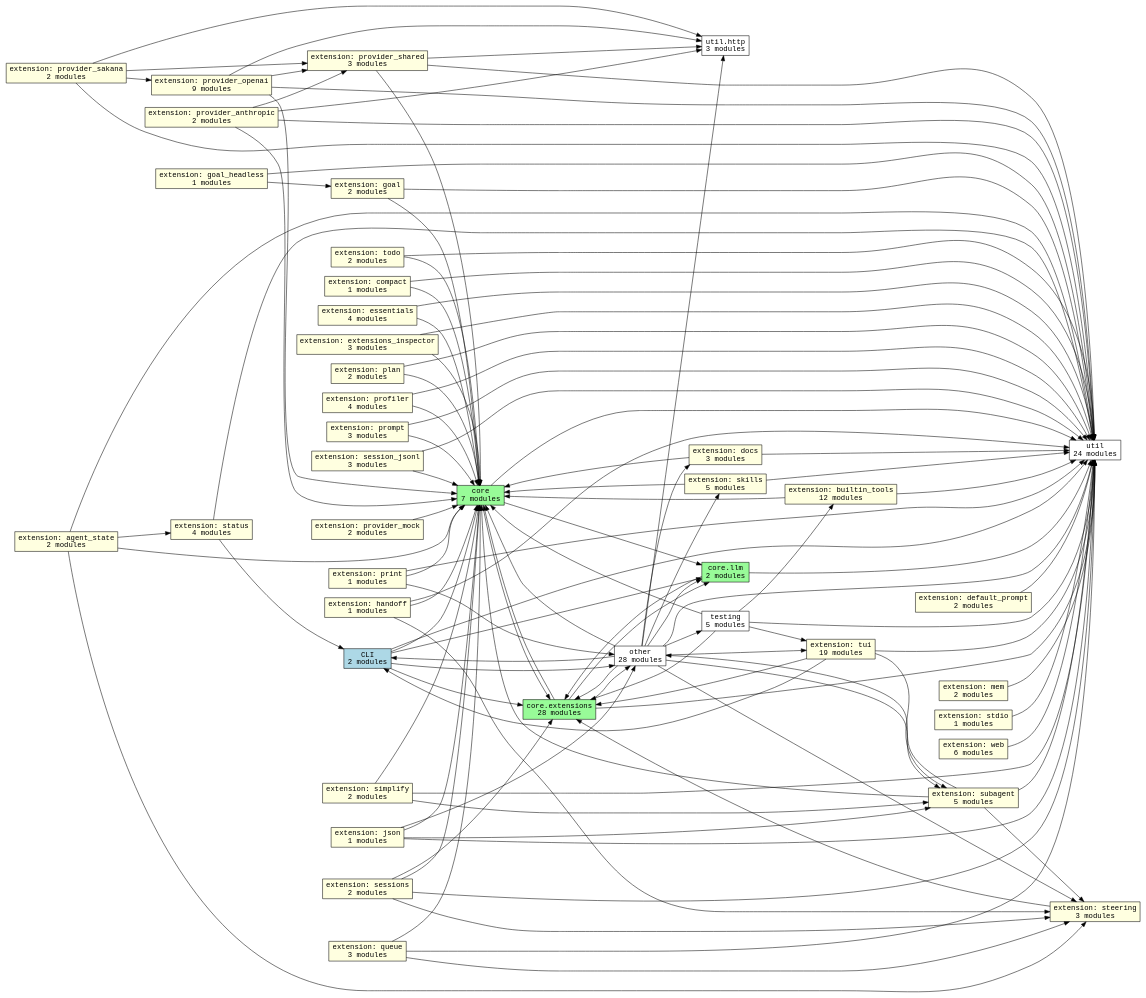
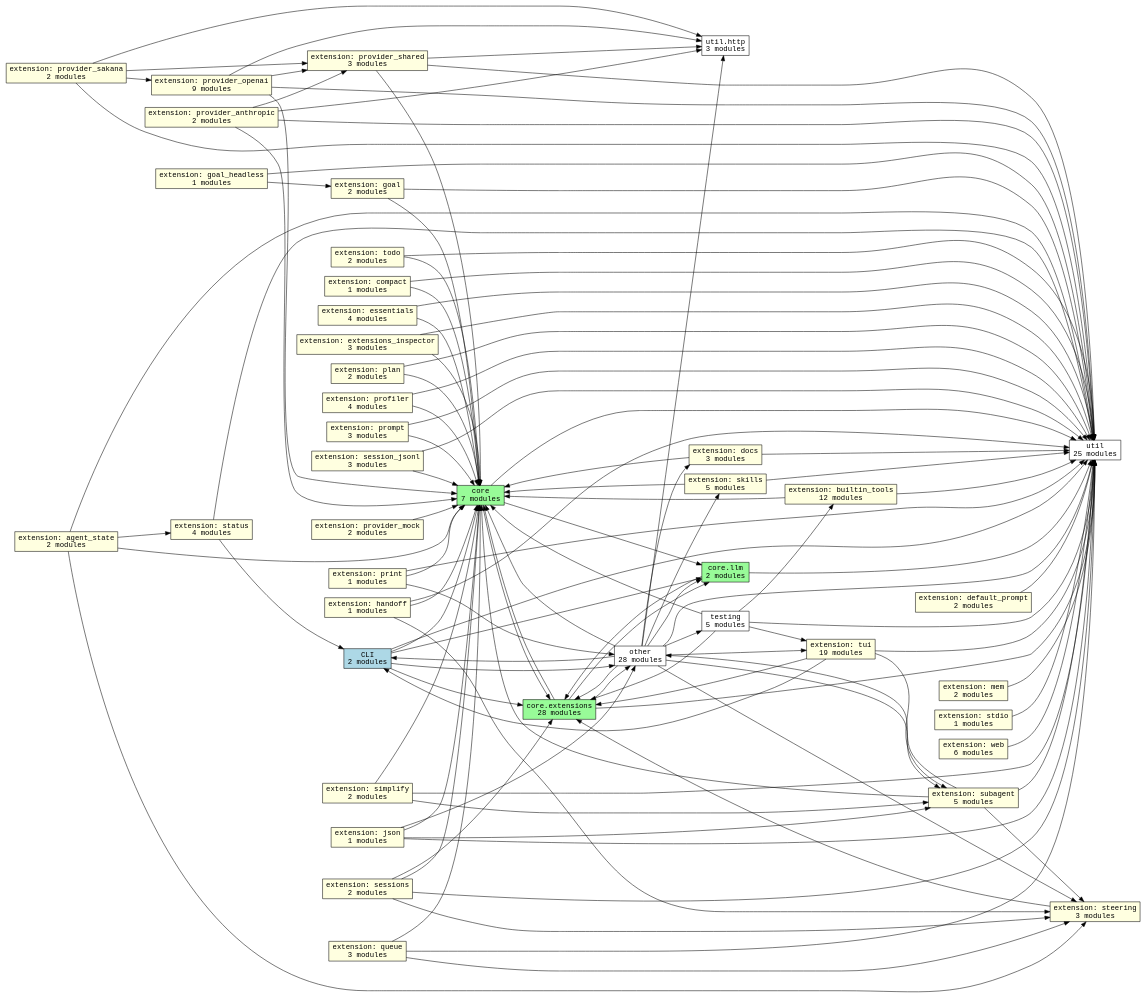
One commit to acmiyaguchi/fen changed the diagram in docs/graphs/subsystems.dot. Above: the diagram before and after it, drawn with Graphviz. The commit also changed 11 other files, not shown here.

```diff
--- a/docs/graphs/subsystems.dot
+++ b/docs/graphs/subsystems.dot
@@ -1,158 +1,158 @@
 digraph fen_subsystems {
   graph [rankdir=LR];
   node [shape=box, fontname="monospace"];
   edge [fontname="monospace"];
   "cli" [fillcolor="lightblue", label="CLI\n2 modules", style="filled"];
   "core" [fillcolor="palegreen", label="core\n7 modules", style="filled"];
   "core.extensions" [fillcolor="palegreen", label="core.extensions\n28 modules", style="filled"];
   "core.llm" [fillcolor="palegreen", label="core.llm\n2 modules", style="filled"];
   "extension.agent_state" [fillcolor="lightyellow", label="extension: agent_state\n2 modules", style="filled"];
   "extension.builtin_tools" [fillcolor="lightyellow", label="extension: builtin_tools\n12 modules", style="filled"];
   "extension.compact" [fillcolor="lightyellow", label="extension: compact\n1 modules", style="filled"];
   "extension.default_prompt" [fillcolor="lightyellow", label="extension: default_prompt\n2 modules", style="filled"];
   "extension.docs" [fillcolor="lightyellow", label="extension: docs\n3 modules", style="filled"];
   "extension.essentials" [fillcolor="lightyellow", label="extension: essentials\n4 modules", style="filled"];
   "extension.extensions_inspector" [fillcolor="lightyellow", label="extension: extensions_inspector\n3 modules", style="filled"];
   "extension.goal" [fillcolor="lightyellow", label="extension: goal\n2 modules", style="filled"];
   "extension.goal_headless" [fillcolor="lightyellow", label="extension: goal_headless\n1 modules", style="filled"];
   "extension.handoff" [fillcolor="lightyellow", label="extension: handoff\n1 modules", style="filled"];
   "extension.json" [fillcolor="lightyellow", label="extension: json\n1 modules", style="filled"];
   "extension.mem" [fillcolor="lightyellow", label="extension: mem\n2 modules", style="filled"];
   "extension.plan" [fillcolor="lightyellow", label="extension: plan\n2 modules", style="filled"];
   "extension.print" [fillcolor="lightyellow", label="extension: print\n1 modules", style="filled"];
   "extension.profiler" [fillcolor="lightyellow", label="extension: profiler\n4 modules", style="filled"];
   "extension.prompt" [fillcolor="lightyellow", label="extension: prompt\n3 modules", style="filled"];
   "extension.provider_anthropic" [fillcolor="lightyellow", label="extension: provider_anthropic\n2 modules", style="filled"];
   "extension.provider_mock" [fillcolor="lightyellow", label="extension: provider_mock\n2 modules", style="filled"];
   "extension.provider_openai" [fillcolor="lightyellow", label="extension: provider_openai\n9 modules", style="filled"];
   "extension.provider_sakana" [fillcolor="lightyellow", label="extension: provider_sakana\n2 modules", style="filled"];
   "extension.provider_shared" [fillcolor="lightyellow", label="extension: provider_shared\n3 modules", style="filled"];
   "extension.queue" [fillcolor="lightyellow", label="extension: queue\n3 modules", style="filled"];
   "extension.session_jsonl" [fillcolor="lightyellow", label="extension: session_jsonl\n3 modules", style="filled"];
   "extension.sessions" [fillcolor="lightyellow", label="extension: sessions\n2 modules", style="filled"];
   "extension.simplify" [fillcolor="lightyellow", label="extension: simplify\n2 modules", style="filled"];
   "extension.skills" [fillcolor="lightyellow", label="extension: skills\n5 modules", style="filled"];
   "extension.status" [fillcolor="lightyellow", label="extension: status\n4 modules", style="filled"];
   "extension.stdio" [fillcolor="lightyellow", label="extension: stdio\n1 modules", style="filled"];
   "extension.steering" [fillcolor="lightyellow", label="extension: steering\n3 modules", style="filled"];
   "extension.subagent" [fillcolor="lightyellow", label="extension: subagent\n5 modules", style="filled"];
   "extension.todo" [fillcolor="lightyellow", label="extension: todo\n2 modules", style="filled"];
   "extension.tui" [fillcolor="lightyellow", label="extension: tui\n19 modules", style="filled"];
   "extension.web" [fillcolor="lightyellow", label="extension: web\n6 modules", style="filled"];
   "other" [fillcolor="white", label="other\n28 modules", style="filled"];
   "testing" [fillcolor="white", label="testing\n5 modules", style="filled"];
-  "util" [fillcolor="white", label="util\n24 modules", style="filled"];
+  "util" [fillcolor="white", label="util\n25 modules", style="filled"];
   "util.http" [fillcolor="white", label="util.http\n3 modules", style="filled"];
   "cli" -> "core";
   "cli" -> "core.extensions";
   "cli" -> "core.llm";
   "cli" -> "other";
   "cli" -> "util";
   "core" -> "core.extensions";
   "core" -> "core.llm";
   "core" -> "util";
   "core.extensions" -> "core";
   "core.extensions" -> "core.llm";
   "core.extensions" -> "other";
   "core.extensions" -> "util";
   "core.llm" -> "core.extensions";
   "core.llm" -> "util";
   "extension.agent_state" -> "core";
   "extension.agent_state" -> "extension.status";
   "extension.agent_state" -> "extension.steering";
   "extension.agent_state" -> "util";
   "extension.builtin_tools" -> "core";
   "extension.builtin_tools" -> "util";
   "extension.compact" -> "core";
   "extension.compact" -> "util";
   "extension.default_prompt" -> "util";
   "extension.docs" -> "core";
   "extension.docs" -> "util";
   "extension.essentials" -> "core";
   "extension.essentials" -> "util";
   "extension.extensions_inspector" -> "core";
   "extension.extensions_inspector" -> "util";
   "extension.goal" -> "core";
   "extension.goal" -> "util";
   "extension.goal_headless" -> "extension.goal";
   "extension.goal_headless" -> "util";
   "extension.handoff" -> "core";
   "extension.handoff" -> "extension.steering";
   "extension.handoff" -> "util";
   "extension.json" -> "core";
   "extension.json" -> "extension.subagent";
   "extension.json" -> "other";
   "extension.json" -> "util";
   "extension.mem" -> "util";
   "extension.plan" -> "core";
   "extension.plan" -> "util";
   "extension.print" -> "core";
   "extension.print" -> "other";
   "extension.print" -> "util";
   "extension.profiler" -> "core";
   "extension.profiler" -> "util";
   "extension.prompt" -> "core";
   "extension.prompt" -> "util";
   "extension.provider_anthropic" -> "core";
   "extension.provider_anthropic" -> "extension.provider_shared";
   "extension.provider_anthropic" -> "util";
   "extension.provider_anthropic" -> "util.http";
   "extension.provider_mock" -> "core";
   "extension.provider_openai" -> "core";
   "extension.provider_openai" -> "extension.provider_shared";
   "extension.provider_openai" -> "util";
   "extension.provider_openai" -> "util.http";
   "extension.provider_sakana" -> "extension.provider_openai";
   "extension.provider_sakana" -> "extension.provider_shared";
   "extension.provider_sakana" -> "util";
   "extension.provider_sakana" -> "util.http";
   "extension.provider_shared" -> "core";
   "extension.provider_shared" -> "util";
   "extension.provider_shared" -> "util.http";
   "extension.queue" -> "core";
   "extension.queue" -> "extension.steering";
   "extension.queue" -> "util";
   "extension.session_jsonl" -> "core";
   "extension.session_jsonl" -> "util";
   "extension.sessions" -> "core";
   "extension.sessions" -> "core.extensions";
   "extension.sessions" -> "extension.steering";
   "extension.sessions" -> "util";
   "extension.simplify" -> "core";
   "extension.simplify" -> "extension.subagent";
   "extension.simplify" -> "util";
   "extension.skills" -> "core";
   "extension.skills" -> "util";
   "extension.status" -> "cli";
   "extension.status" -> "util";
   "extension.stdio" -> "util";
   "extension.steering" -> "core.extensions";
   "extension.subagent" -> "core";
   "extension.subagent" -> "extension.steering";
   "extension.subagent" -> "other";
   "extension.subagent" -> "util";
   "extension.todo" -> "core";
   "extension.todo" -> "util";
   "extension.tui" -> "cli";
   "extension.tui" -> "core.extensions";
   "extension.tui" -> "extension.subagent";
   "extension.tui" -> "util";
   "extension.web" -> "util";
   "other" -> "cli";
   "other" -> "core";
   "other" -> "core.extensions";
   "other" -> "core.llm";
   "other" -> "extension.docs";
   "other" -> "extension.skills";
   "other" -> "extension.steering";
   "other" -> "extension.subagent";
   "other" -> "extension.tui";
   "other" -> "testing";
   "other" -> "util";
   "other" -> "util.http";
   "testing" -> "core";
   "testing" -> "core.extensions";
   "testing" -> "extension.builtin_tools";
   "testing" -> "extension.tui";
   "testing" -> "util";
 }
```
